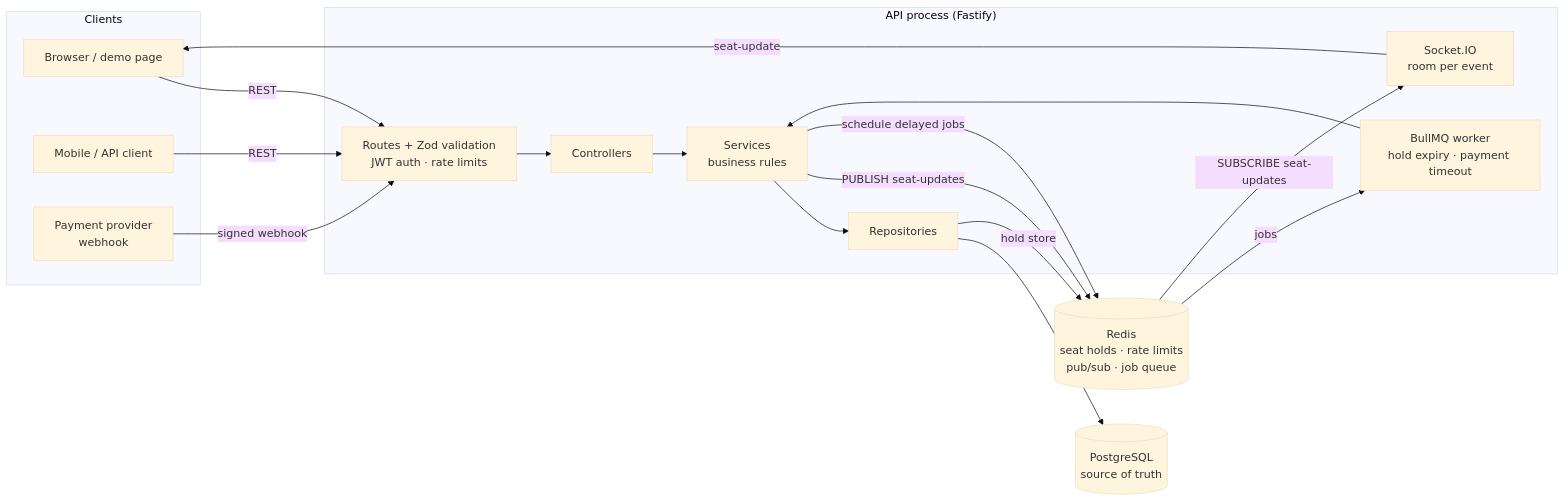
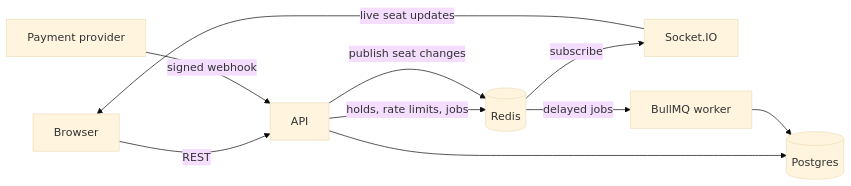
The diagram in README.md (Callan813/ticket_queue_system), drawn with Mermaid (base theme) before and after one commit. The commit also changed other lines of this file, not shown here.

````diff
--- a/README.md
+++ b/README.md
@@ -62,32 +56,12 @@
 ```mermaid
 flowchart LR
-    subgraph Clients
-        B1[Browser / demo page]
-        B2[Mobile / API client]
-        PSP[Payment provider<br/>webhook]
-    end
-
-    subgraph API["API process (Fastify)"]
-        R[Routes + Zod validation<br/>JWT auth · rate limits]
-        C[Controllers]
-        S[Services<br/>business rules]
-        Repo[Repositories]
-        WS[Socket.IO<br/>room per event]
-        W[BullMQ worker<br/>hold expiry · payment timeout]
-    end
-
-    PG[(PostgreSQL<br/>source of truth)]
-    RD[(Redis<br/>seat holds · rate limits<br/>pub/sub · job queue)]
-
-    B1 & B2 -- REST --> R
-    PSP -- signed webhook --> R
-    R --> C --> S --> Repo
-    Repo --> PG
-    Repo -- hold store --> RD
-    S -- PUBLISH seat-updates --> RD
-    S -- schedule delayed jobs --> RD
-    RD -- jobs --> W
-    W --> S
-    RD -- SUBSCRIBE seat-updates --> WS
-    WS -- seat-update --> B1
+    Browser -- REST --> API
+    PSP[Payment provider] -- signed webhook --> API
+    API --> PG[(Postgres)]
+    API -- holds, rate limits, jobs --> RD[(Redis)]
+    API -- publish seat changes --> RD
+    RD -- subscribe --> WS[Socket.IO]
+    WS -- live seat updates --> Browser
+    RD -- delayed jobs --> Worker[BullMQ worker]
+    Worker --> PG
 ```
````
